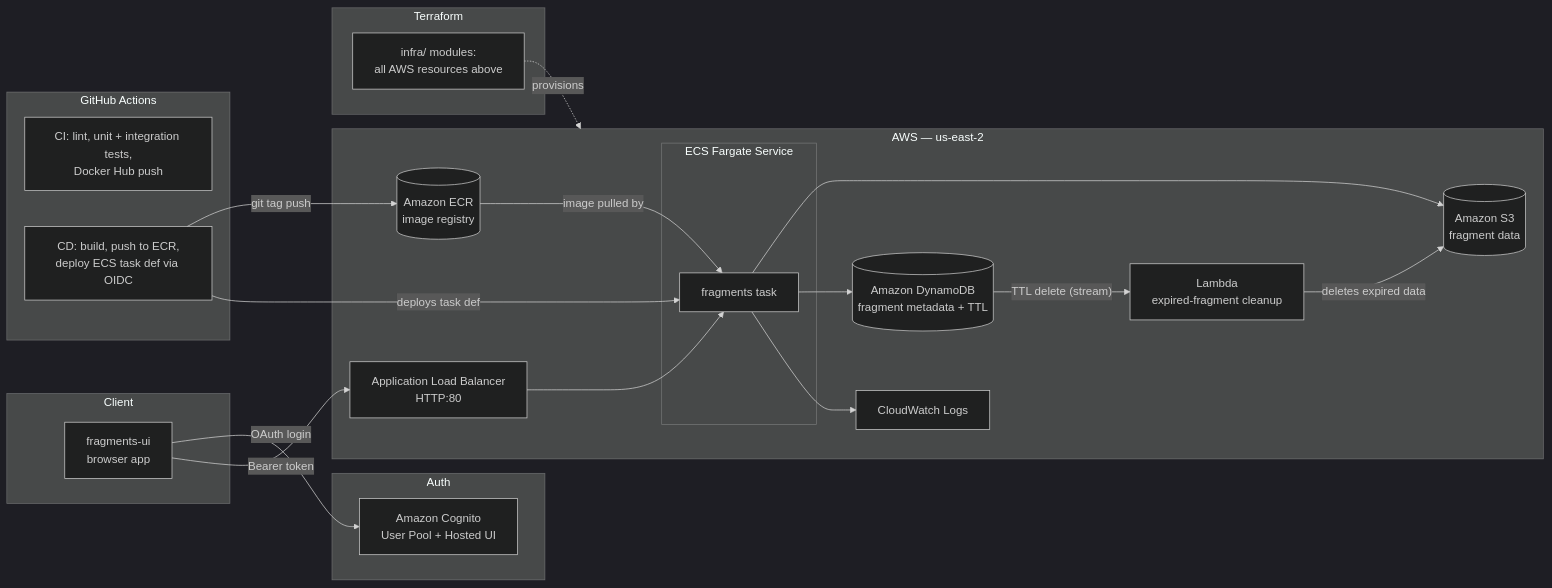
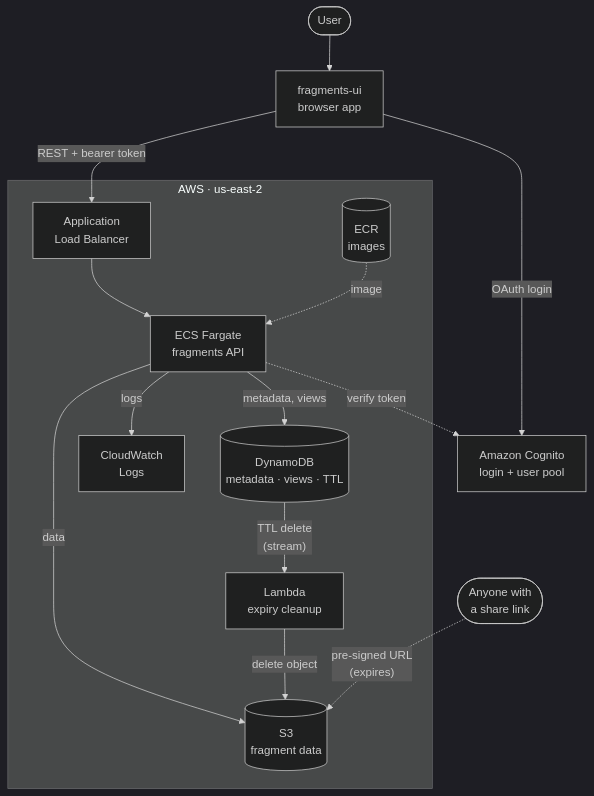
One commit to AjayMaan13/fragments changed the first of 3 diagrams in README.md. Above: the diagram before and after it, drawn with Mermaid (dark theme). The commit also changed other lines of this file, not shown here.

Commit message:
Rewrite the README with new architecture, pipeline and lifecycle diagrams

````diff
--- a/README.md
+++ b/README.md
@@ -28,44 +31,20 @@
 ```mermaid
-flowchart LR
-    subgraph Client
-        UI[fragments-ui<br/>browser app]
+flowchart TB
+    User([User]) --> UI["fragments-ui<br/>browser app"]
+    Anyone([Anyone with<br/>a share link])
+    UI -- "OAuth login" --> Cognito["Amazon Cognito<br/>login + user pool"]
+    UI -- "REST + bearer token" --> ALB
+
+    subgraph AWS["AWS · us-east-2"]
+        ALB["Application<br/>Load Balancer"] --> API["ECS Fargate<br/>fragments API"]
+        ECR[("ECR<br/>images")] -. "image" .-> API
+        API -- "data" --> S3[("S3<br/>fragment data")]
+        API -- "metadata, views" --> DDB[("DynamoDB<br/>metadata · views · TTL")]
+        API -- "logs" --> CW["CloudWatch<br/>Logs"]
+        DDB -- "TTL delete<br/>(stream)" --> Lambda["Lambda<br/>expiry cleanup"]
+        Lambda -- "delete object" --> S3
     end
 
-    subgraph Auth
-        Cognito[Amazon Cognito<br/>User Pool + Hosted UI]
-    end
-
-    subgraph AWS["AWS — us-east-2"]
-        ALB[Application Load Balancer<br/>HTTP:80]
-        subgraph ECS["ECS Fargate Service"]
-            Task1[fragments task]
-        end
-        S3[(Amazon S3<br/>fragment data)]
-        Dynamo[(Amazon DynamoDB<br/>fragment metadata + TTL)]
-        Lambda[Lambda<br/>expired-fragment cleanup]
-        CW[CloudWatch Logs]
-        ECR[(Amazon ECR<br/>image registry)]
-    end
-
-    subgraph CICD["GitHub Actions"]
-        CI[CI: lint, unit + integration tests,<br/>Docker Hub push]
-        CD[CD: build, push to ECR,<br/>deploy ECS task def via OIDC]
-    end
-
-    subgraph IaC["Terraform"]
-        TF[infra/ modules:<br/>all AWS resources above]
-    end
-
-    UI -- OAuth login --> Cognito
-    UI -- Bearer token --> ALB
-    ALB --> Task1
-    Task1 --> S3
-    Task1 --> Dynamo
-    Dynamo -- "TTL delete (stream)" --> Lambda
-    Lambda -- deletes expired data --> S3
-    Task1 --> CW
-    CD -- git tag push --> ECR
-    ECR -- image pulled by --> Task1
-    CD -- deploys task def --> Task1
-    TF -. provisions .-> AWS
+    API -. "verify token" .-> Cognito
+    Anyone -. "pre-signed URL<br/>(expires)" .-> S3
 ```
````
